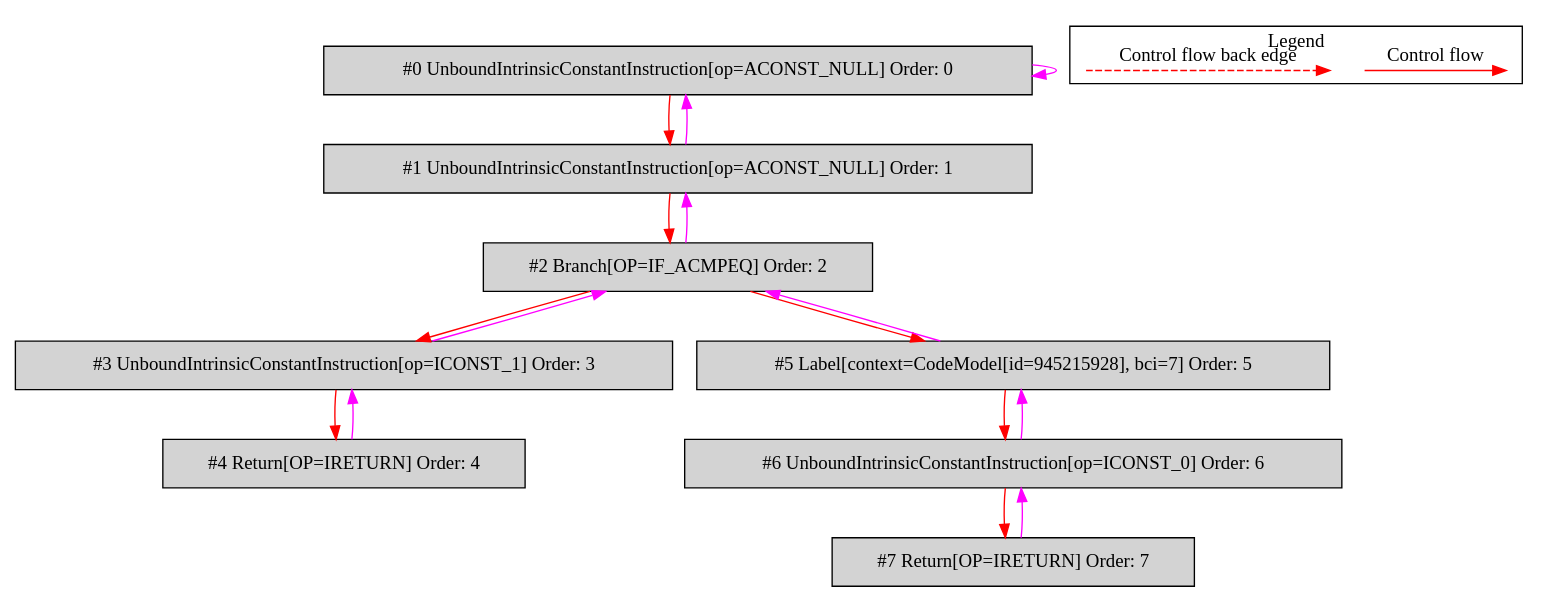
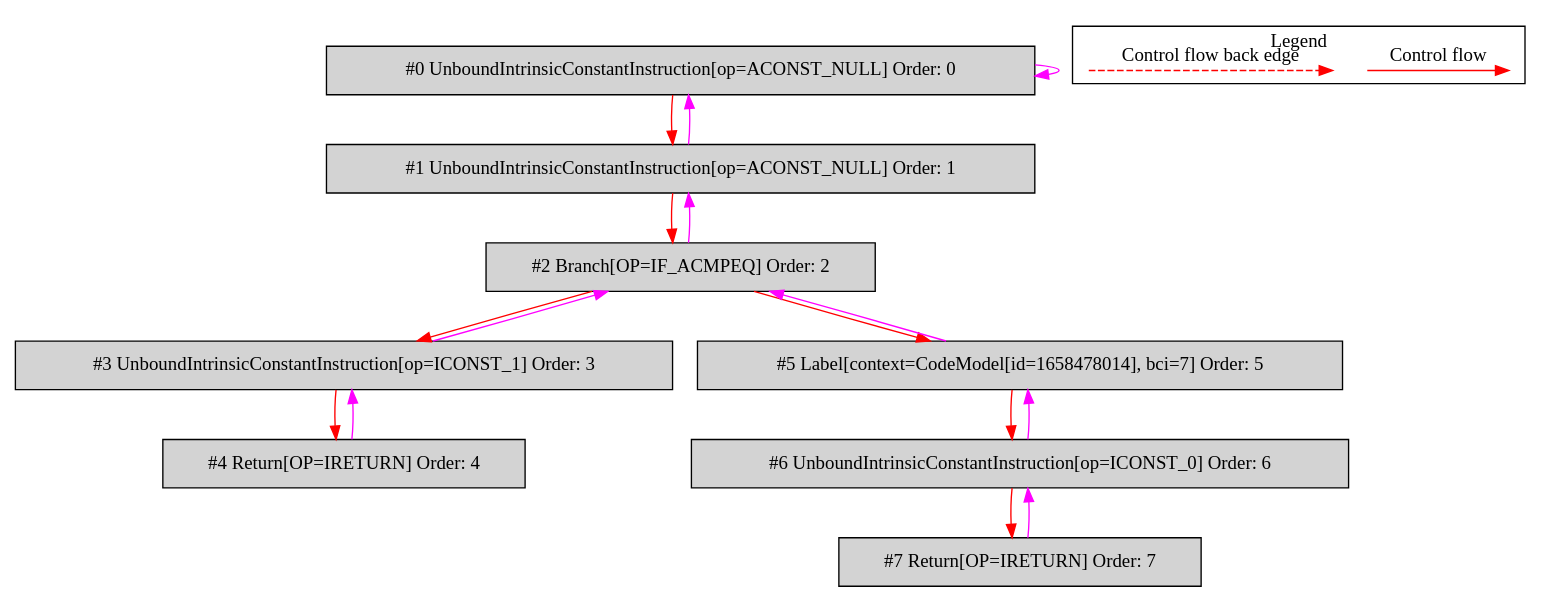
The diagram in de.mirkosertic.metair.ir.OpcodeIFACMPEQTest/test_IF_ACMPEQ/bytecodecfg.dot (mirkosertic/MetaIR), drawn with Graphviz before and after one commit. The commit also changed 726 other files, not shown here.

```diff
--- a/de.mirkosertic.metair.ir.OpcodeIFACMPEQTest/test_IF_ACMPEQ/bytecodecfg.dot
+++ b/de.mirkosertic.metair.ir.OpcodeIFACMPEQTest/test_IF_ACMPEQ/bytecodecfg.dot
@@ -1,40 +1,40 @@
 digraph {
  ordering="in";
  node0[label="#0 UnboundIntrinsicConstantInstruction[op=ACONST_NULL] Order: 0", shape=box, fillcolor=lightgrey, style=filled];
  node1[label="#1 UnboundIntrinsicConstantInstruction[op=ACONST_NULL] Order: 1", shape=box, fillcolor=lightgrey, style=filled];
  node2[label="#2 Branch[OP=IF_ACMPEQ] Order: 2", shape=box, fillcolor=lightgrey, style=filled];
  node3[label="#3 UnboundIntrinsicConstantInstruction[op=ICONST_1] Order: 3", shape=box, fillcolor=lightgrey, style=filled];
  node4[label="#4 Return[OP=IRETURN] Order: 4", shape=box, fillcolor=lightgrey, style=filled];
- node5[label="#5 Label[context=CodeModel[id=945215928], bci=7] Order: 5", shape=box, fillcolor=lightgrey, style=filled];
+ node5[label="#5 Label[context=CodeModel[id=1658478014], bci=7] Order: 5", shape=box, fillcolor=lightgrey, style=filled];
  node6[label="#6 UnboundIntrinsicConstantInstruction[op=ICONST_0] Order: 6", shape=box, fillcolor=lightgrey, style=filled];
  node7[label="#7 Return[OP=IRETURN] Order: 7", shape=box, fillcolor=lightgrey, style=filled];
  node0 -> node0[color=fuchsia];
  node0 -> node1[color=red];
  node1 -> node0[color=fuchsia];
  node1 -> node2[color=red];
  node2 -> node1[color=fuchsia];
  node2 -> node3[color=red];
  node3 -> node2[color=fuchsia];
  node3 -> node4[color=red];
  node4 -> node3[color=fuchsia];
  node2 -> node5[color=red];
  node5 -> node2[color=fuchsia];
  node5 -> node6[color=red];
  node6 -> node5[color=fuchsia];
  node6 -> node7[color=red];
  node7 -> node6[color=fuchsia];
  subgraph cluster_000 {
   label = "Legend";
   node [shape=point]
   {
    rank=same;
    c0 [style = invis];
    c1 [style = invis];
    c2 [style = invis];
    c3 [style = invis];
   }
   c0 -> c1 [label="Control flow", style=solid, color=red]
   c2 -> c3 [label="Control flow back edge", style=dashed, color=red]
  }
 
 }
```
